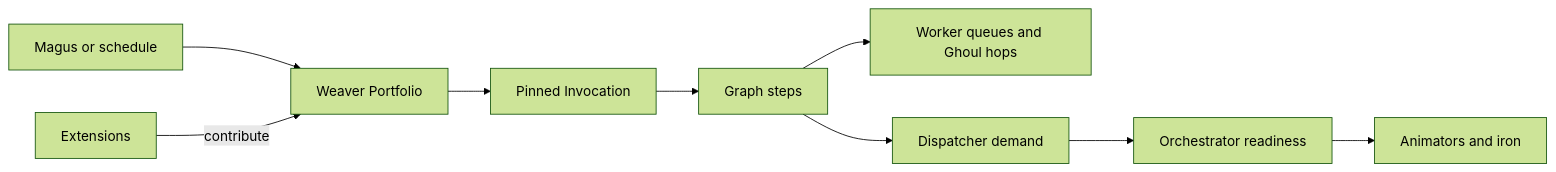
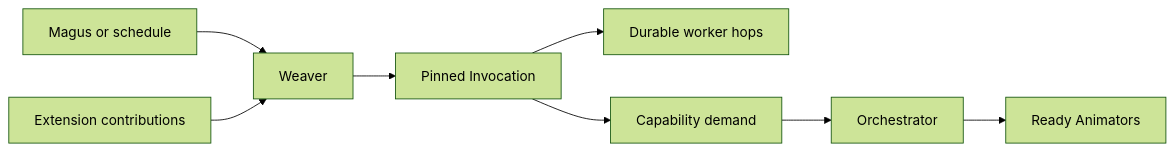
One commit to hexanomicon/lychd changed the second of 2 diagrams in docs/compositions/index.md. Above: the diagram before and after it, drawn with Mermaid (forest theme). The commit also changed other lines of this file and 159 other files, not shown here.

````diff
--- a/docs/compositions/index.md
+++ b/docs/compositions/index.md
@@ -283,11 +112,10 @@
 ```mermaid
 flowchart LR
-    M["Magus or schedule"] --> W["Weaver Portfolio"]
-    X["Extensions"] -->|contribute| W
+    M["Magus or schedule"] --> W["Weaver"]
+    X["Extension contributions"] --> W
     W --> I["Pinned Invocation"]
-    I --> G["Graph steps"]
-    G --> Q["Worker queues and Ghoul hops"]
-    G --> D["Dispatcher demand"]
-    D --> O["Orchestrator readiness"]
-    O --> A["Animators and iron"]
+    I --> Q["Durable worker hops"]
+    I --> D["Capability demand"]
+    D --> O["Orchestrator"]
+    O --> A["Ready Animators"]
 ```
````
